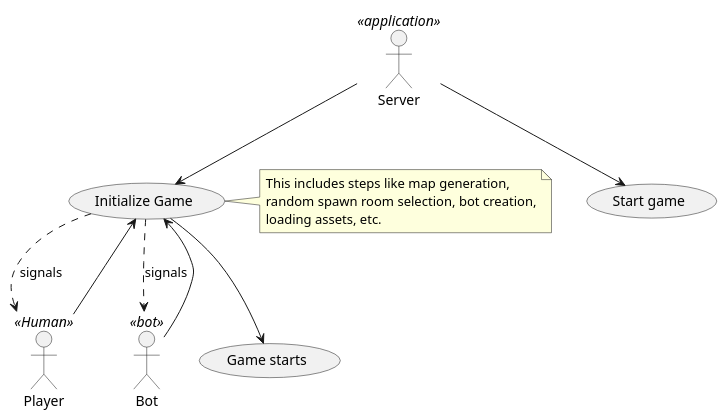
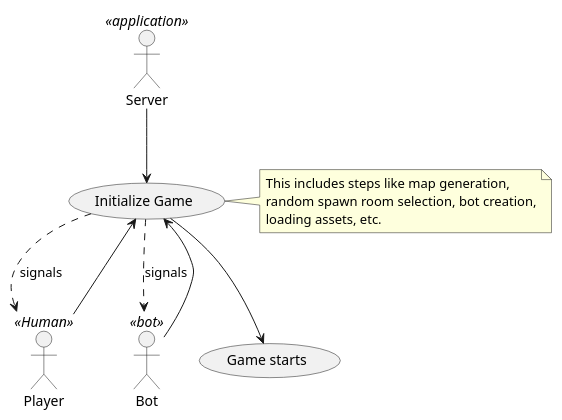
The diagram in resources/usecases/gameInitialization_simple.puml (MysticMazeEducators/.github), drawn with PlantUML before and after one commit.

Commit message:
Start was useless in this context

```diff
--- a/resources/usecases/gameInitialization_simple.puml
+++ b/resources/usecases/gameInitialization_simple.puml
@@ -1,23 +1,21 @@
 @startuml
 :Server: as server << application >>
 :Player: as player << Human >>
 :Bot: as bot << bot >>
-(Start game) as (start)
 (Initialize Game) as (init)
 (Game starts) as (gameStart)
 
-server --> (start)
 server --> (init)
 (init) ..> player : signals
 (init) ..> bot : signals
 player --> (init)
 bot --> (init)
 (init) --> (gameStart)
 
 note right of (init)
 This includes steps like map generation,
 random spawn room selection, bot creation,
 loading assets, etc.
 end note
 
 @enduml
```
